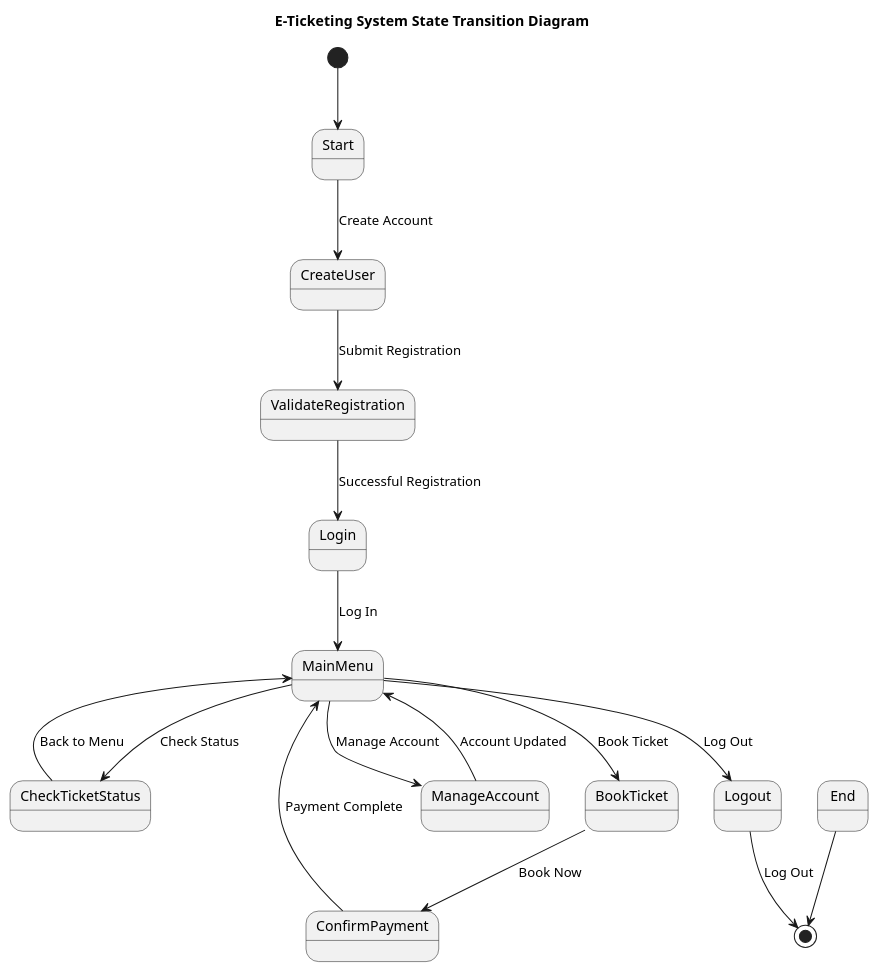
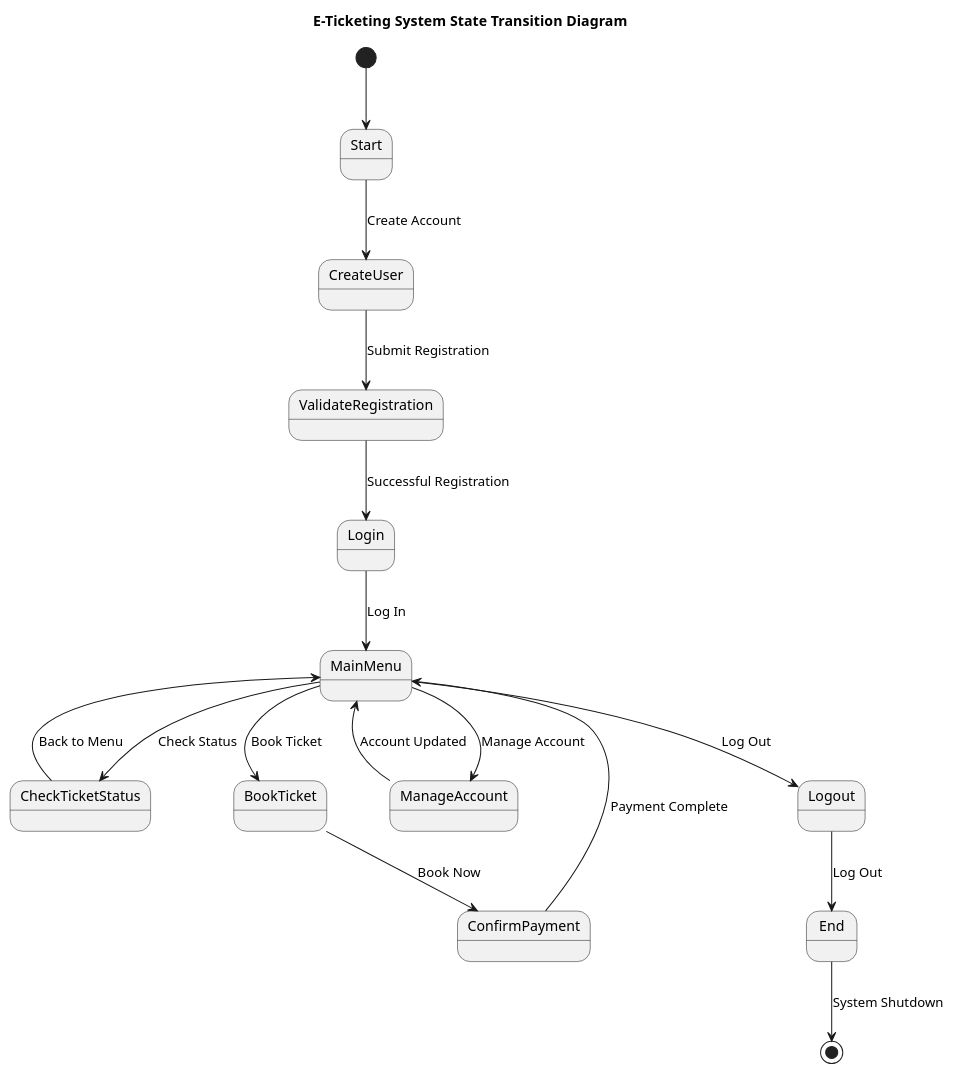
One commit to maimunafaria/State_transition_Diagram_generated_by_LLM changed the diagram in results/plantuml_pipeline/runs/open_source__deepseek_r1_14b__few_shot_validation_generator_critic_repair__syntax_grounded/case_15_e_ticketing_for_bus/run_01.repair_01.puml. Above: the diagram before and after it, drawn with PlantUML. The commit also changed 349 other files, not shown here.

```diff
--- a/results/plantuml_pipeline/runs/open_source__deepseek_r1_14b__few_shot_validation_generator_critic_repair__syntax_grounded/case_15_e_ticketing_for_bus/run_01.repair_01.puml
+++ b/results/plantuml_pipeline/runs/open_source__deepseek_r1_14b__few_shot_validation_generator_critic_repair__syntax_grounded/case_15_e_ticketing_for_bus/run_01.repair_01.puml
@@ -1,36 +1,36 @@
 @startuml
 title E-Ticketing System State Transition Diagram
 
 [*] --> Start
 
 state Start
 state CreateUser
 state ValidateRegistration
 state Login
 state MainMenu
 state CheckTicketStatus
 state BookTicket
 state ConfirmPayment
 state ManageAccount
 state Logout
 state End
 
 Start --> CreateUser : Create Account
 CreateUser --> ValidateRegistration : Submit Registration
 ValidateRegistration --> Login : Successful Registration
 Login --> MainMenu : Log In
 
 MainMenu --> CheckTicketStatus : Check Status
 MainMenu --> BookTicket : Book Ticket
 MainMenu --> ManageAccount : Manage Account
 MainMenu --> Logout : Log Out
 
 CheckTicketStatus --> MainMenu : Back to Menu
 BookTicket --> ConfirmPayment : Book Now
 ConfirmPayment --> MainMenu : Payment Complete
 ManageAccount --> MainMenu : Account Updated
 
-Logout --> [*] : Log Out
-End --> [*]
+Logout --> End : Log Out
+End --> [*] : System Shutdown
 
 @enduml
```
